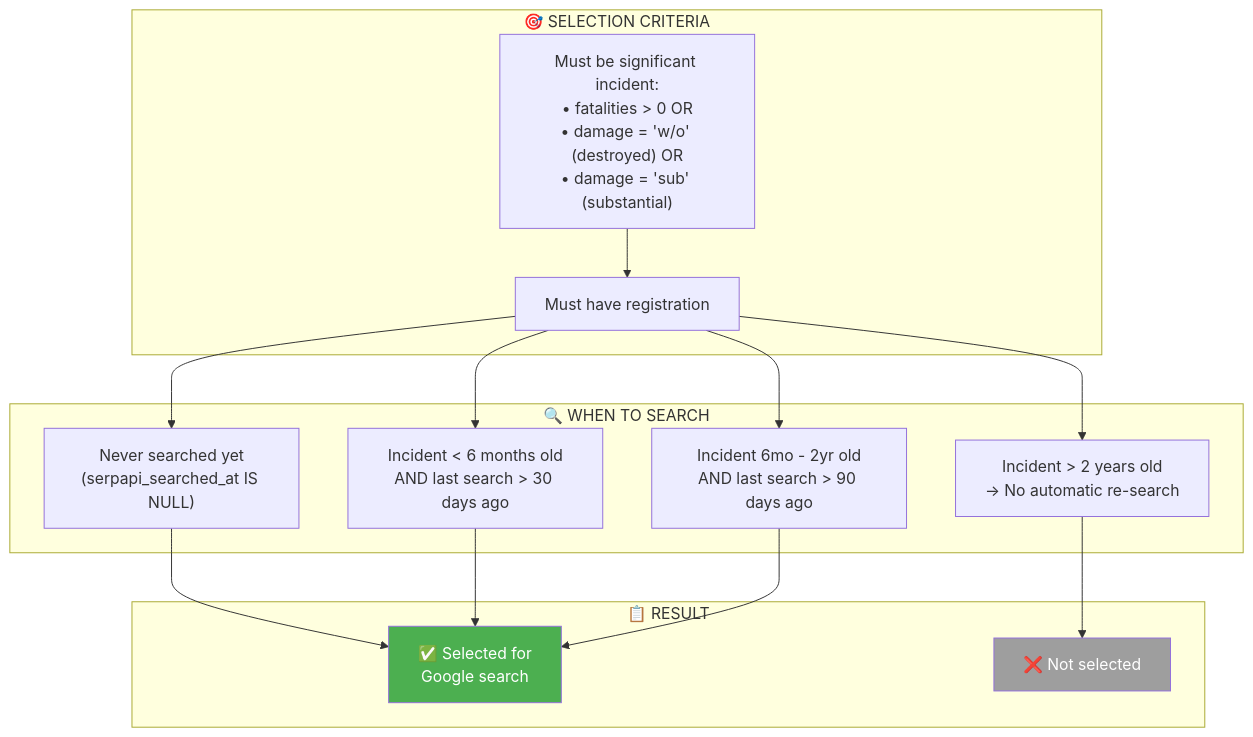
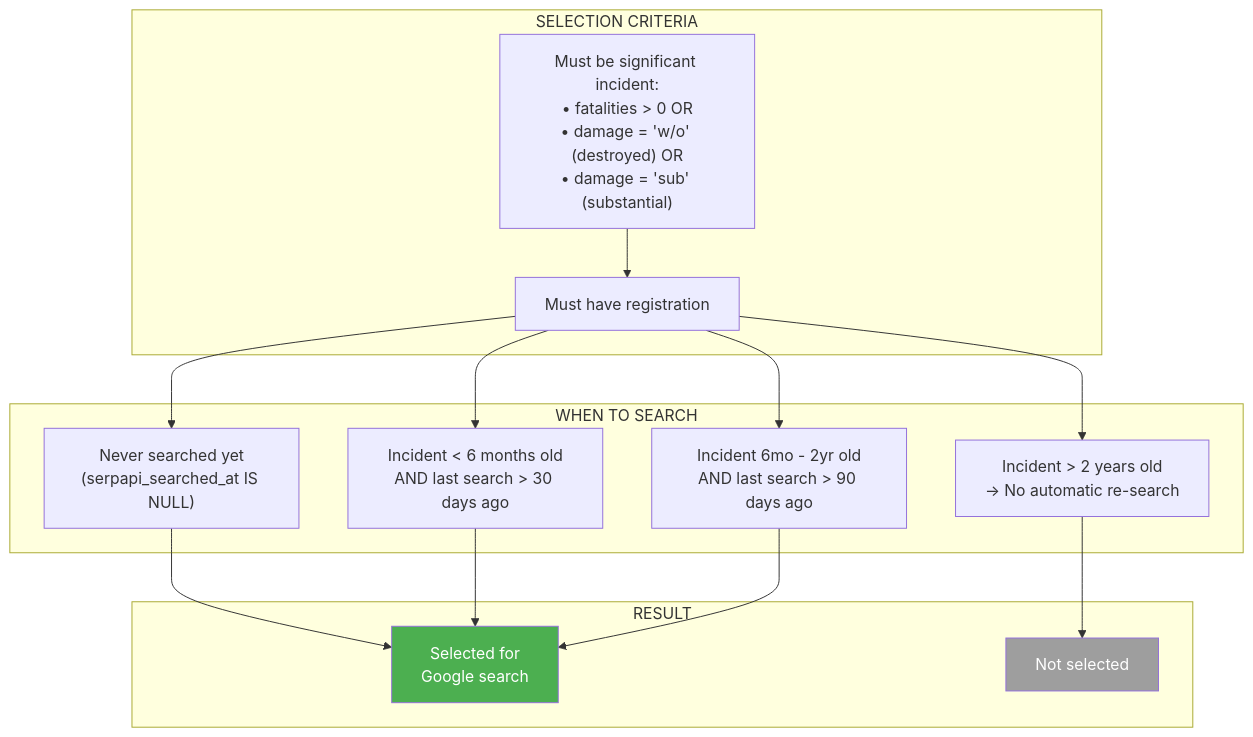
One commit to rjsears/aircraft_accident_tracker changed the tenth of 11 diagrams in README.md. Above: the diagram before and after it, drawn with Mermaid. The commit also changed other lines of this file, not shown here.

````diff
--- a/README.md
+++ b/README.md
@@ -757,33 +757,33 @@
 ```mermaid
 flowchart TB
-    subgraph CRITERIA["🎯 SELECTION CRITERIA"]
+    subgraph CRITERIA["SELECTION CRITERIA"]
         C1["Must be significant incident:<br/>• fatalities > 0 OR<br/>• damage = 'w/o' (destroyed) OR<br/>• damage = 'sub' (substantial)"]
         C2["Must have registration"]
     end
     
-    subgraph SEARCH_LOGIC["🔍 WHEN TO SEARCH"]
+    subgraph SEARCH_LOGIC["WHEN TO SEARCH"]
         NEVER["Never searched yet<br/>(serpapi_searched_at IS NULL)"]
         RECENT["Incident < 6 months old<br/>AND last search > 30 days ago"]
         OLDER["Incident 6mo - 2yr old<br/>AND last search > 90 days ago"]
         ANCIENT["Incident > 2 years old<br/>→ No automatic re-search"]
     end
     
-    subgraph RESULT["📋 RESULT"]
-        SELECT["✅ Selected for<br/>Google search"]
-        EXCLUDE["❌ Not selected"]
+    subgraph RESULT["RESULT"]
+        SELECT["Selected for<br/>Google search"]
+        EXCLUDE["Not selected"]
     end
 
     C1 --> C2
     C2 --> NEVER
     C2 --> RECENT
     C2 --> OLDER
     C2 --> ANCIENT
     
     NEVER --> SELECT
     RECENT --> SELECT
     OLDER --> SELECT
     ANCIENT --> EXCLUDE
 
     style SELECT fill:#4CAF50,color:#fff
     style EXCLUDE fill:#9E9E9E,color:#fff
 ```
````
